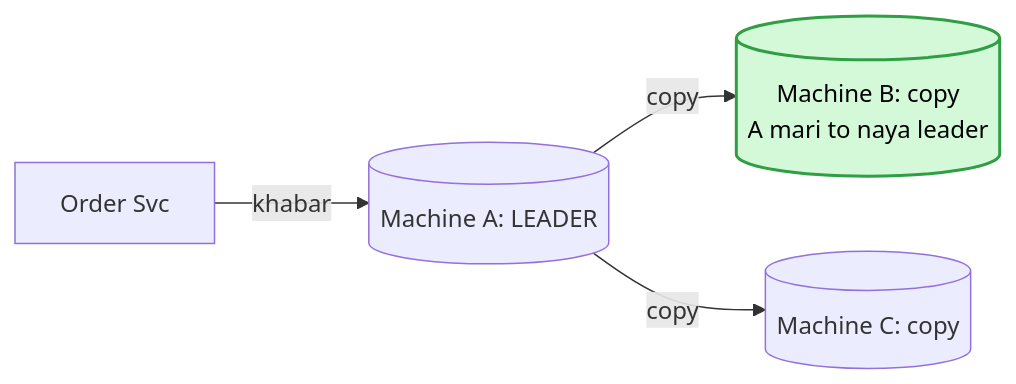
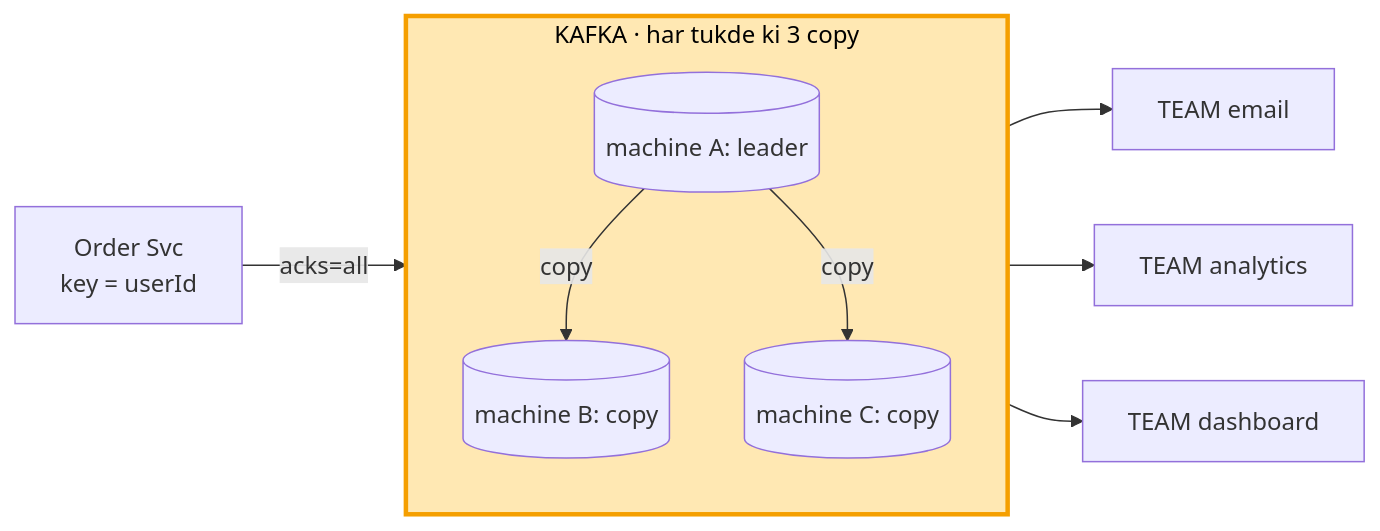
One commit to ArpanMaheshwari144/Prep changed diagram 12 of 18 in 04_HLD/SYSTEM_DESIGNS/12_message_queue_kafka/kafka_seedha.md. Above: the diagram before and after it, drawn with Mermaid. The commit also changed other lines of this file, not shown here.

Commit message:
kafka seedha: ek behti kahani, label nahi, har kadam ka design pichhle ko badhata

````diff
--- a/04_HLD/SYSTEM_DESIGNS/12_message_queue_kafka/kafka_seedha.md
+++ b/04_HLD/SYSTEM_DESIGNS/12_message_queue_kafka/kafka_seedha.md
@@ -250,7 +276,15 @@
 ```mermaid
 flowchart LR
-    O["Order Svc"] -- khabar --> A[("Machine A: LEADER")]
-    A -- copy --> B[("Machine B: copy<br/>A mari to naya leader")]
-    A -- copy --> C[("Machine C: copy")]
-    style B fill:#d3f9d8,stroke:#2f9e44,stroke-width:2px,color:#000
+    O["Order Svc<br/>key = userId"] -- "acks=all" --> K
+    subgraph K["KAFKA · har tukde ki 3 copy"]
+        L[("machine A: leader")]
+        B[("machine B: copy")]
+        C[("machine C: copy")]
+    end
+    L -- copy --> B
+    L -- copy --> C
+    K --> E["TEAM email"]
+    K --> A["TEAM analytics"]
+    K --> D["TEAM dashboard"]
+    style K fill:#ffe8b3,stroke:#f59f00,stroke-width:3px,color:#000
 ```
````
